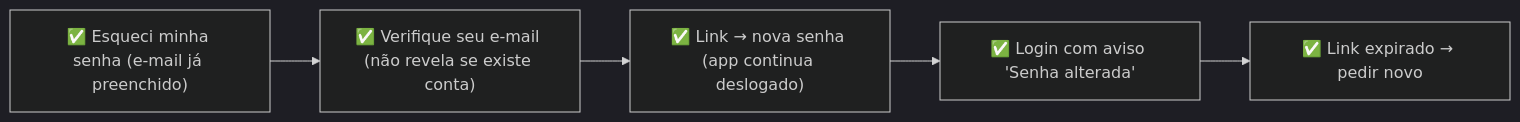
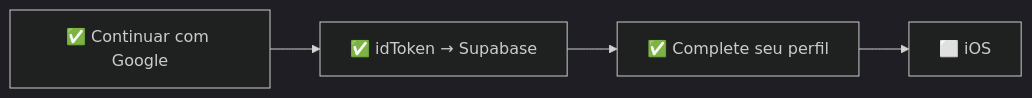
One commit to willians-e-silva/treina changed the third of 9 diagrams in audit/analysis.md. Above: the diagram before and after it, drawn with Mermaid (dark theme). The commit also changed other lines of this file and 14 other files, not shown here.

````diff
--- a/audit/analysis.md
+++ b/audit/analysis.md
@@ -2077,12 +2162,10 @@
 ```mermaid
 flowchart LR
-  s0["✅ Esqueci minha senha (e-mail já preenchido)"]
-  s1["✅ Verifique seu e-mail (não revela se existe conta)"]
+  s0["✅ Continuar com Google"]
+  s1["✅ idToken → Supabase"]
   s0 --> s1
-  s2["✅ Link → nova senha (app continua deslogado)"]
+  s2["✅ Complete seu perfil"]
   s1 --> s2
-  s3["✅ Login com aviso 'Senha alterada'"]
+  s3["⬜ iOS"]
   s2 --> s3
-  s4["✅ Link expirado → pedir novo"]
-  s3 --> s4
 ```
````
